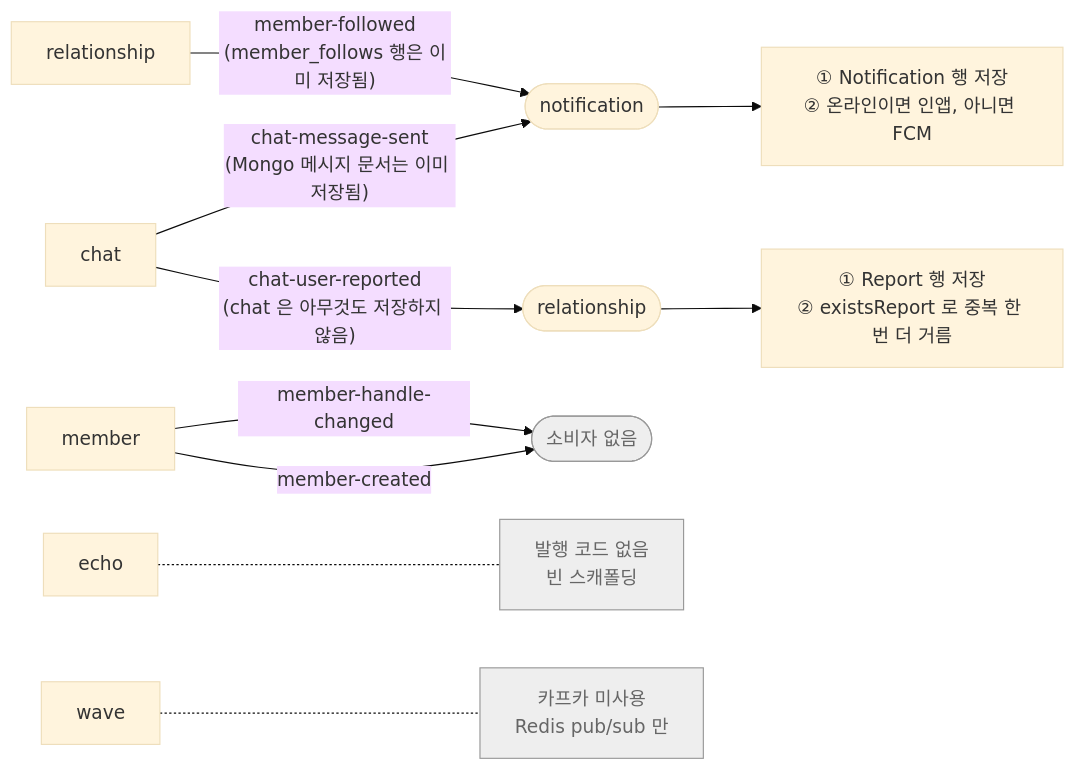
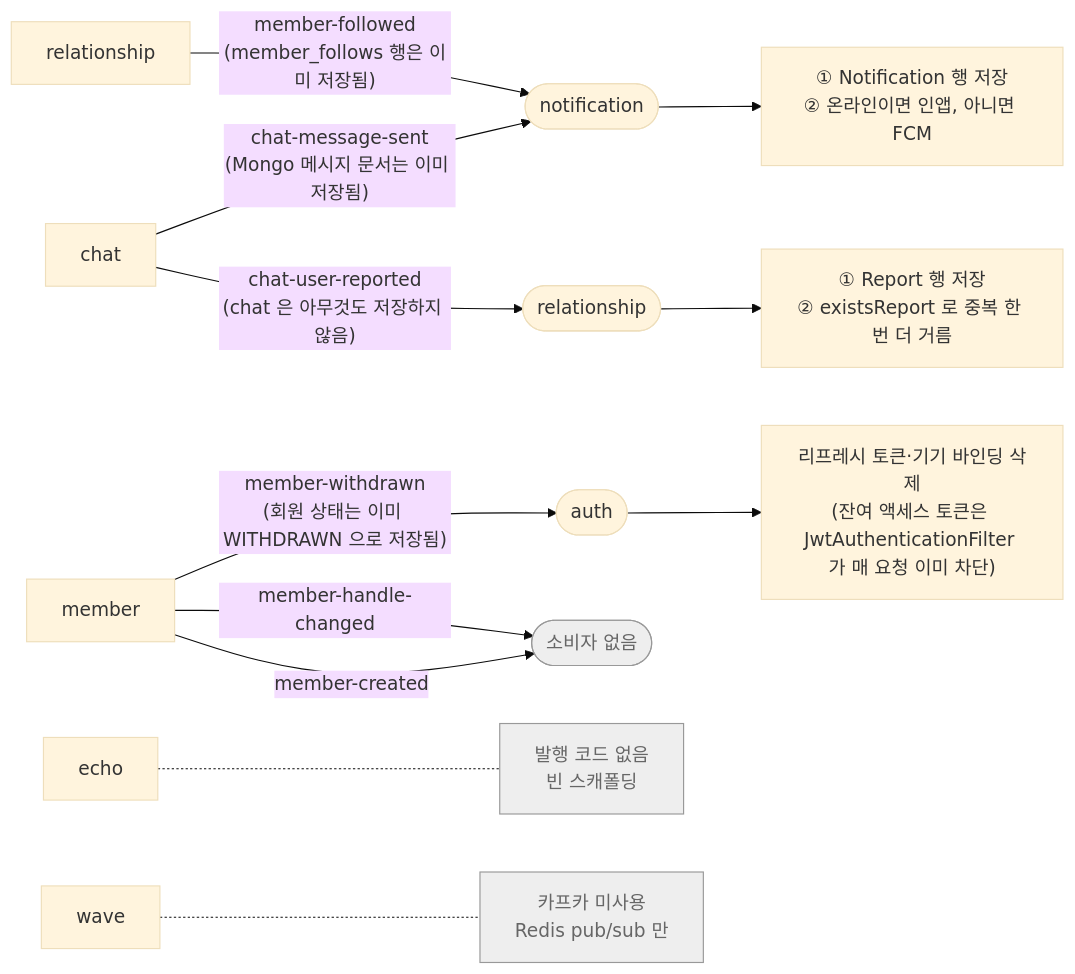
The first of 13 diagrams in ARCHITECTURE.md (rvlwldev/langlez-backend), drawn with Mermaid (base theme) before and after one commit. The commit also changed other lines of this file and 10 other files, not shown here.

First line of the commit message:
feat(core,member,auth): MemberWithdrawnEvent 추가 + 탈퇴 시 리프레시 토큰 무효화 (#25)

````diff
--- a/ARCHITECTURE.md
+++ b/ARCHITECTURE.md
@@ -14,27 +14,30 @@
 ```mermaid
 flowchart LR
     chat["chat"]
     rel["relationship"]
     mem["member"]
     echo["echo"]
     wave["wave"]
 
     noti(["notification"])
     relR(["relationship"])
+    auth(["auth"])
     none1(["소비자 없음"])
 
     chat -- "chat-message-sent<br/>(Mongo 메시지 문서는 이미 저장됨)" --> noti
     chat -- "chat-user-reported<br/>(chat 은 아무것도 저장하지 않음)" --> relR
     rel -- "member-followed<br/>(member_follows 행은 이미 저장됨)" --> noti
     mem -- "member-created" --> none1
     mem -- "member-handle-changed" --> none1
+    mem -- "member-withdrawn<br/>(회원 상태는 이미 WITHDRAWN 으로 저장됨)" --> auth
 
     noti --> notiDo["① Notification 행 저장<br/>② 온라인이면 인앱, 아니면 FCM"]
     relR --> relDo["① Report 행 저장<br/>② existsReport 로 중복 한 번 더 거름"]
+    auth --> authDo["리프레시 토큰·기기 바인딩 삭제<br/>(잔여 액세스 토큰은 JwtAuthenticationFilter 가 매 요청 이미 차단)"]
 
     echo -.- echoX["발행 코드 없음<br/>빈 스캐폴딩"]
     wave -.- waveX["카프카 미사용<br/>Redis pub/sub 만"]
 
     classDef gone fill:#eee,stroke:#999,color:#666
     class none1,echoX,waveX gone
 ```
````
